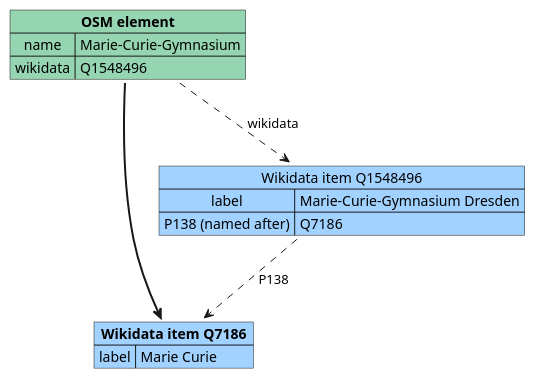
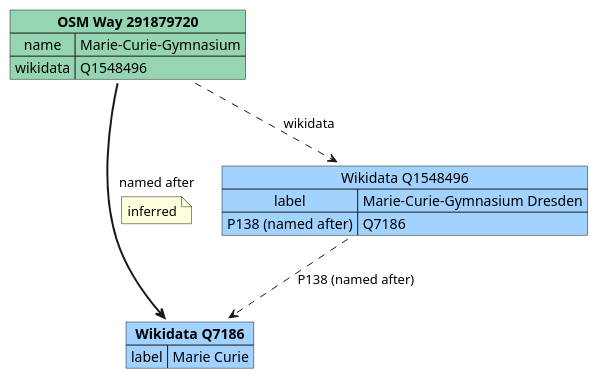
Before and after one commit to Danysan1/osm-wikidata-map-framework: the diagram in images/data/osm_wikidata_combined.plantuml, drawn with PlantUML. The commit also changed 13 other files, not shown here.

```diff
--- a/images/data/osm_wikidata_combined.plantuml
+++ b/images/data/osm_wikidata_combined.plantuml
@@ -1,21 +1,22 @@
 @startuml osm_wikidata_combined
 
-map "**Wikidata item Q7186**" as wikia #a2d2ff {
+map "**Wikidata Q7186**" as wikia #a2d2ff {
   label => Marie Curie
 }
 
-map "Wikidata item Q1548496" as wikid #a2d2ff {
+map "Wikidata Q1548496" as wikid #a2d2ff {
   label => Marie-Curie-Gymnasium Dresden
   P138 (named after) => Q7186
 }
 
-map "**OSM element**" as osmd #95d5b2 {
+map "**OSM Way 291879720**" as osmd #95d5b2 {
   name => Marie-Curie-Gymnasium
   wikidata => Q1548496
 }
 
 osmd ..> wikid : wikidata
-wikid ..> wikia : P138
-osmd -[bold]-> wikia
+wikid ..> wikia : P138 (named after)
+osmd -[bold]-> wikia : named after
+note on link: inferred
 
 @enduml
```
